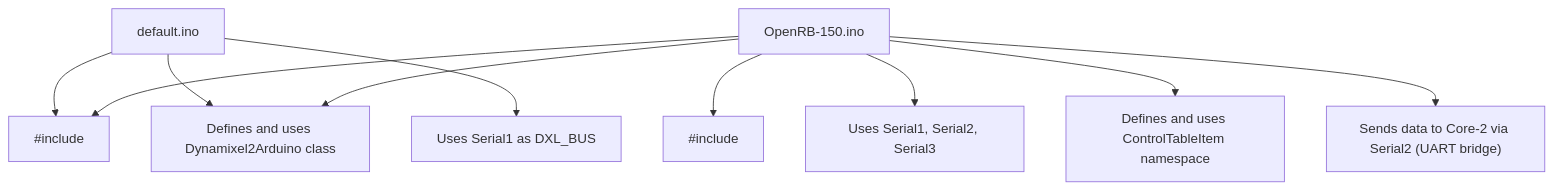
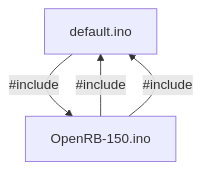
One commit to simonedland/Wheatley changed the diagram in Wheatley/ino/OpenRB150/AI_Graph.md. Above: the diagram before and after it, drawn with Mermaid. The commit also changed 20 other files, not shown here.

First line of the commit message:
Refactor STT and TTS modules: Update AI graphs, enhance README documentation, and improve utility scripts

````diff
--- a/Wheatley/ino/OpenRB150/AI_Graph.md
+++ b/Wheatley/ino/OpenRB150/AI_Graph.md
@@ -3,24 +3,9 @@
 ```mermaid
 graph TD
     default_ino["default.ino"]
-    openrb_150_ino["OpenRB-150.ino"]
+    OpenRB_150_ino["OpenRB-150.ino"]
 
-    dynamixel_include["#include <Dynamixel2Arduino.h>"]
-    arduino_include["#include <Arduino.h>"]
-    serial_usage["Uses Serial1, Serial2, Serial3"]
-    dynamixel_class["Defines and uses Dynamixel2Arduino class"]
-    control_table_ns["Defines and uses ControlTableItem namespace"]
-    uart_bridge["Sends data to Core-2 via Serial2 (UART bridge)"]
-    dxl_bus["Uses Serial1 as DXL_BUS"]
-
-    default_ino --> dynamixel_include
-    default_ino --> dynamixel_class
-    default_ino --> dxl_bus
-
-    openrb_150_ino --> dynamixel_include
-    openrb_150_ino --> arduino_include
-    openrb_150_ino --> serial_usage
-    openrb_150_ino --> dynamixel_class
-    openrb_150_ino --> control_table_ns
-    openrb_150_ino --> uart_bridge
+    default_ino -->|#include <Dynamixel2Arduino.h>| OpenRB_150_ino
+    OpenRB_150_ino -->|#include <Dynamixel2Arduino.h>| default_ino
+    OpenRB_150_ino -->|#include <Arduino.h>| default_ino
 ```
````
